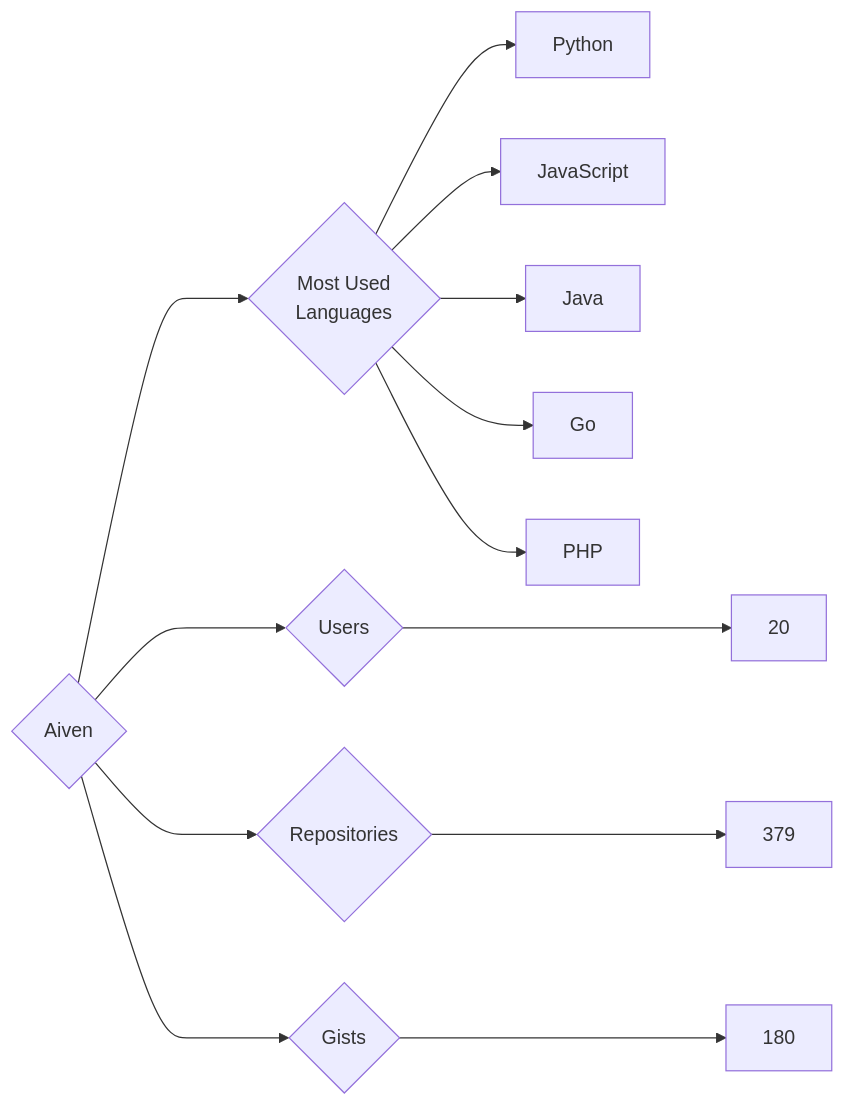
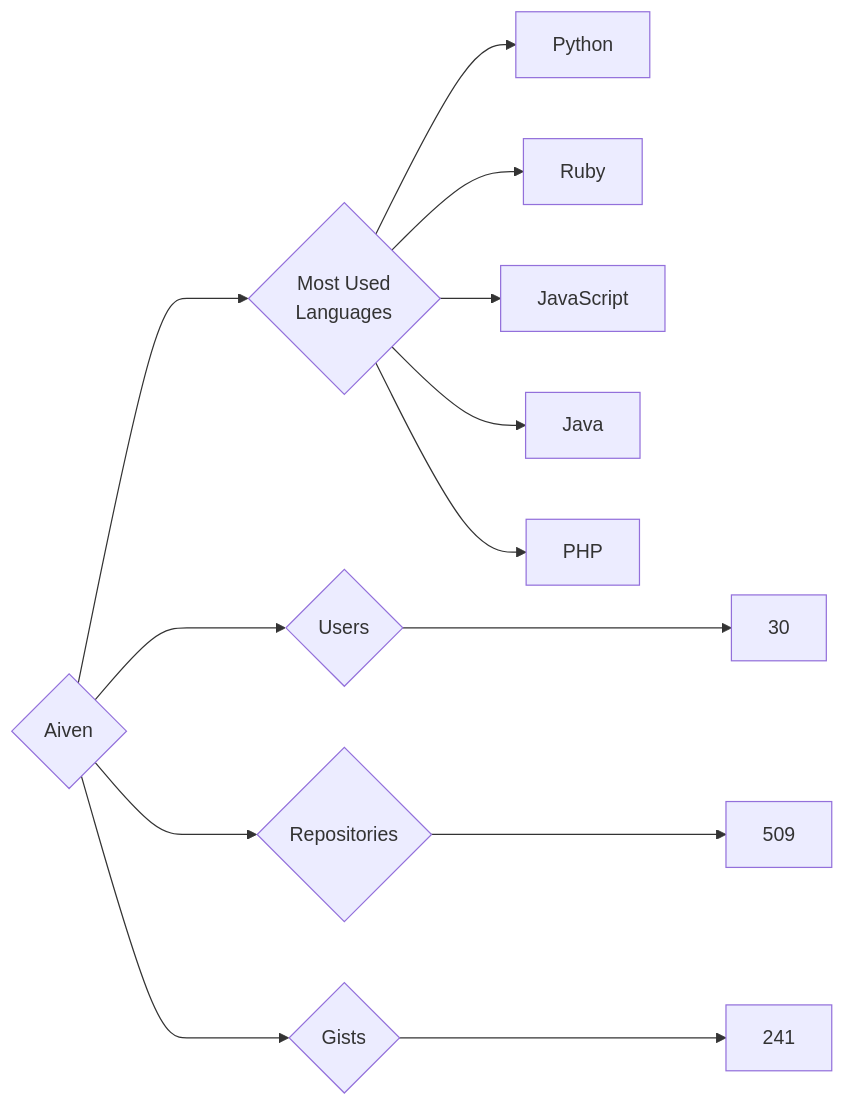
Before and after one commit to trickest/insiders: the diagram in targets/Aiven/README.md, drawn with Mermaid. The commit also changed 640 other files, not shown here.

````diff
--- a/targets/Aiven/README.md
+++ b/targets/Aiven/README.md
@@ -3,13 +3,13 @@
 ```mermaid
 graph LR
 COMPANY_NAME{Aiven}
-COMPANY_NAME ---> U{Users} ---> UN[20]
-COMPANY_NAME ---> R{Repositories} ---> RN[379]
-COMPANY_NAME ---> G{Gists} ---> GN[180]
+COMPANY_NAME ---> U{Users} ---> UN[30]
+COMPANY_NAME ---> R{Repositories} ---> RN[509]
+COMPANY_NAME ---> G{Gists} ---> GN[241]
 COMPANY_NAME ---> ML{Most Used<br>Languages}
 ML --> Python[Python]
+ML --> Ruby[Ruby]
 ML --> JavaScript[JavaScript]
 ML --> Java[Java]
-ML --> Go[Go]
 ML --> PHP[PHP]
 ```
````
